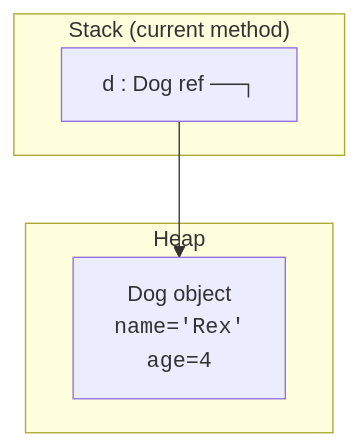
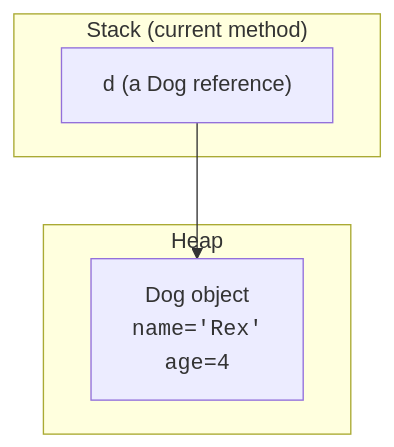
Before and after one commit to dataslope/dataslope: the first of 7 diagrams in content/courses/oop-blueprint-java/objects-in-memory.mdx, drawn with Mermaid. The commit also changed other lines of this file and 17 other files, not shown here.

````diff
--- a/content/courses/oop-blueprint-java/objects-in-memory.mdx
+++ b/content/courses/oop-blueprint-java/objects-in-memory.mdx
@@ -42,10 +42,10 @@
 ```mermaid
 flowchart TD
     subgraph S["Stack (current method)"]
-        V1["d : Dog ref ──┐"]
+        V1["<code>d</code> (a Dog reference)"]
     end
     subgraph H["Heap"]
         O1["Dog object<br/><code>name='Rex'</code><br/><code>age=4</code>"]
     end
     V1 --> O1
 ```
````
